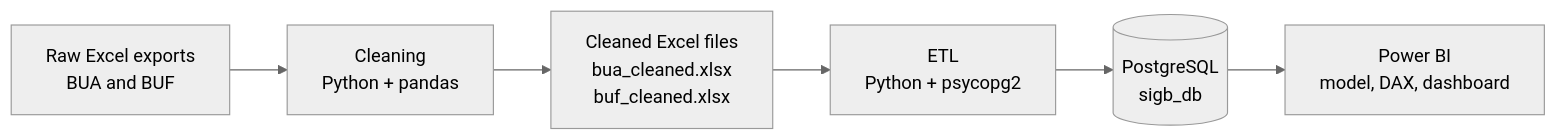
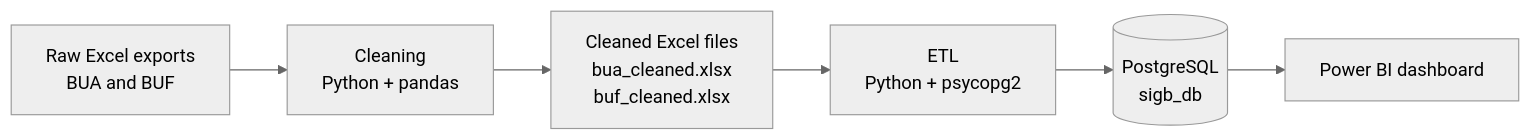
Before and after one commit to doha382/BI_Solution_SIGB: the first of 2 diagrams in README.md, drawn with Mermaid (neutral theme).

````diff
--- a/README.md
+++ b/README.md
@@ -42,8 +42,8 @@
 ```mermaid
 flowchart LR
     A[Raw Excel exports<br/>BUA and BUF] --> B[Cleaning<br/>Python + pandas]
     B --> C[Cleaned Excel files<br/>bua_cleaned.xlsx<br/>buf_cleaned.xlsx]
     C --> D[ETL<br/>Python + psycopg2]
     D --> E[(PostgreSQL<br/>sigb_db)]
-    E --> F[Power BI<br/>model, DAX, dashboard]
+    E --> F[Power BI dashboard]
 ```
````
